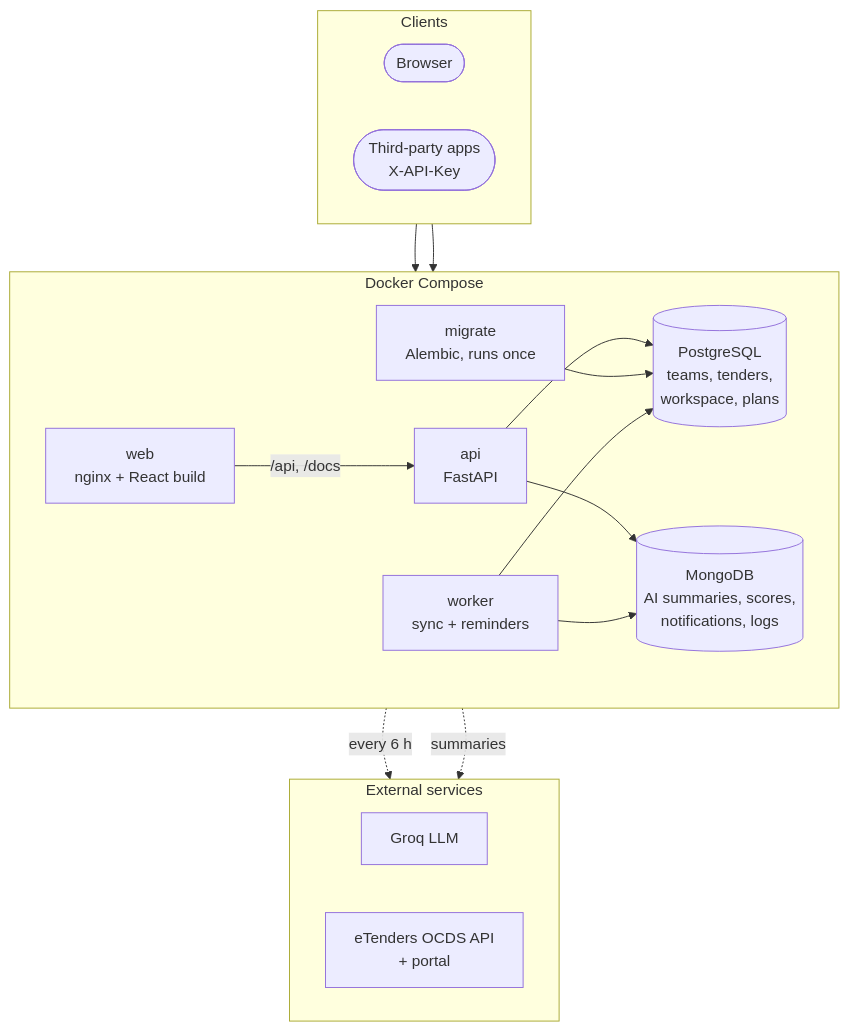
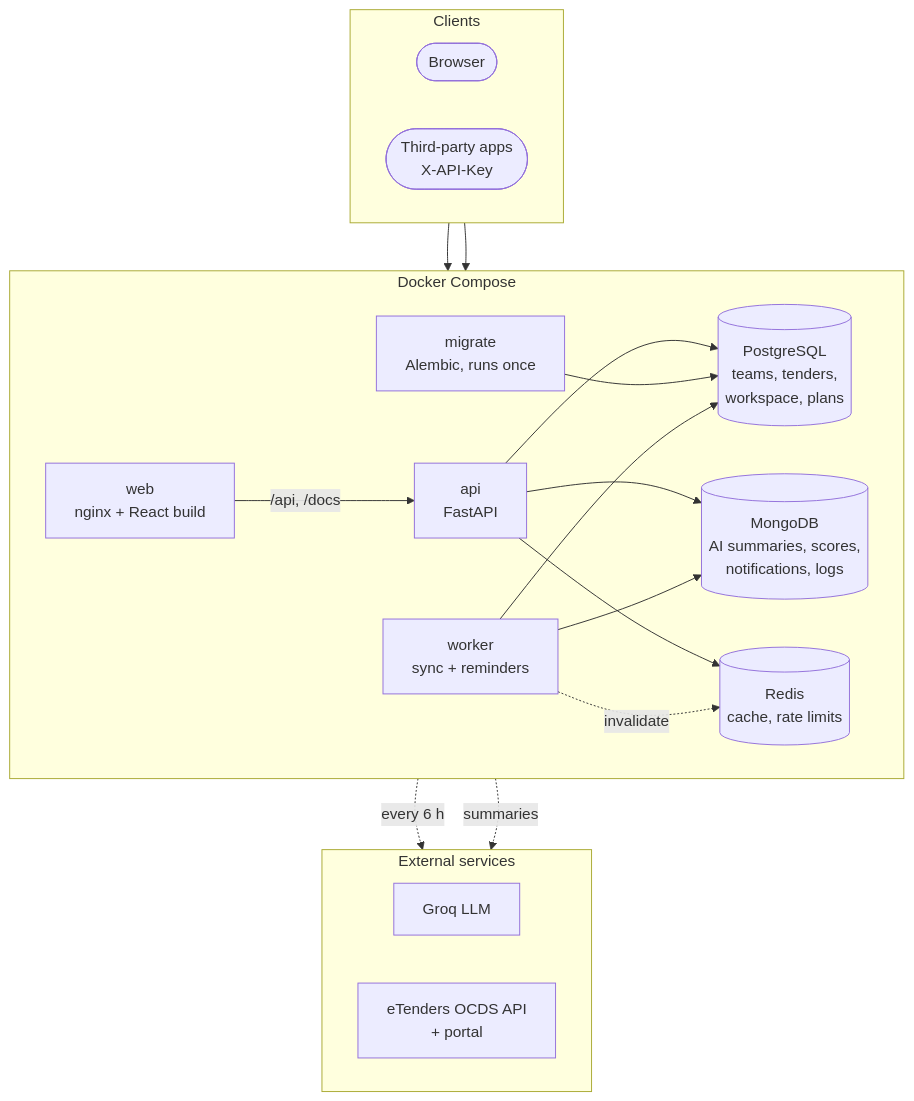
The diagram in README.md (TeekayVuyisile/etender_system), drawn with Mermaid before and after one commit. The commit also changed other lines of this file and 17 other files, not shown here.

Commit message:
feat: add Redis caching and shared rate limits

````diff
--- a/README.md
+++ b/README.md
@@ -62,35 +62,38 @@
 ```mermaid
 flowchart TB
     subgraph clients ["Clients"]
         direction LR
         browser(["Browser"])
         apps(["Third-party apps<br/>X-API-Key"])
     end
 
     subgraph compose ["Docker Compose"]
         direction LR
         web["web<br/>nginx + React build"]
         api["api<br/>FastAPI"]
         worker["worker<br/>sync + reminders"]
         migrate["migrate<br/>Alembic, runs once"]
         pg[("PostgreSQL<br/>teams, tenders,<br/>workspace, plans")]
         mongo[("MongoDB<br/>AI summaries, scores,<br/>notifications, logs")]
+        redis[("Redis<br/>cache, rate limits")]
     end
 
     subgraph external ["External services"]
         direction LR
         groq["Groq LLM"]
         etenders["eTenders OCDS API<br/>+ portal"]
     end
 
     browser --> web
     apps --> web
     web -- "/api, /docs" --> api
     api --> pg
     api --> mongo
+    api --> redis
     migrate --> pg
     worker --> pg
     worker --> mongo
+    worker -. "invalidate" .-> redis
     worker -. "every 6 h" .-> etenders
     api -. "summaries" .-> groq
 ```
````
